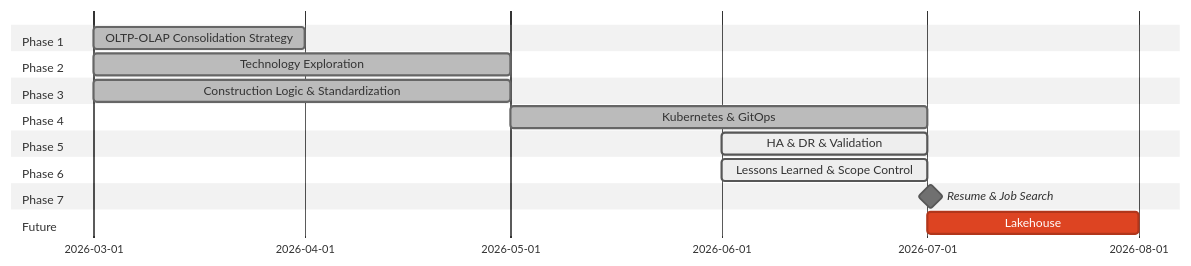
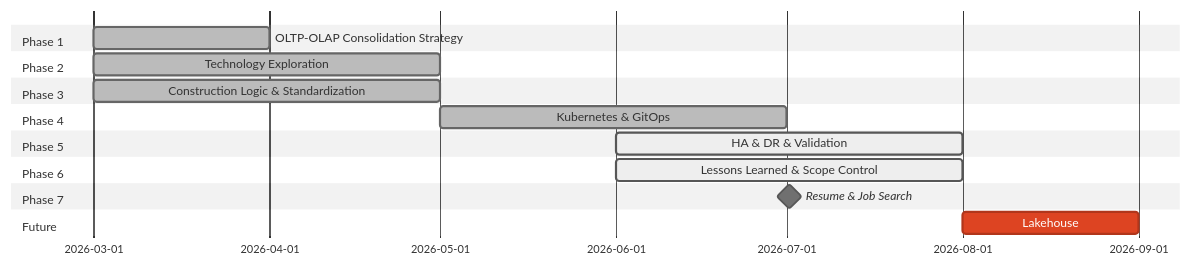
One commit to Junwu0615/Platform-Genesis changed the diagram in README.md. Above: the diagram before and after it, drawn with Mermaid (neutral theme). The commit also changed 1 other file, not shown here.

Commit message:
update somethings

````diff
--- a/README.md
+++ b/README.md
@@ -10,28 +10,28 @@
 ```mermaid
 gantt
     dateFormat YYYY-MM
 
     section Phase 1
     OLTP-OLAP Consolidation Strategy            :done, a1, 2026-03, 1M
 
     section Phase 2
     Technology Exploration                      :done, a2, 2026-03, 2M
 
     section Phase 3
     Construction Logic & Standardization        :done, a3, 2026-03, 2M
 
     section Phase 4
     Kubernetes & GitOps                         :done, a4, 2026-05, 2M
 
     section Phase 5
-    HA & DR & Validation                        :active, a5, 2026-06, 1M
+    HA & DR & Validation                        :active, a5, 2026-06, 2M
 
     section Phase 6
-    Lessons Learned & Scope Control             :active, a6, 2026-06, 1M
+    Lessons Learned & Scope Control             :active, a6, 2026-06, 2M
 
     section Phase 7
     Resume & Job Search                         :milestone, a7, 2026-07, 1d
 
     section Future
-    Lakehouse                                   :crit, a8, 2026-07, 1M
+    Lakehouse                                   :crit, a8, 2026-08, 1M
 ```
````
